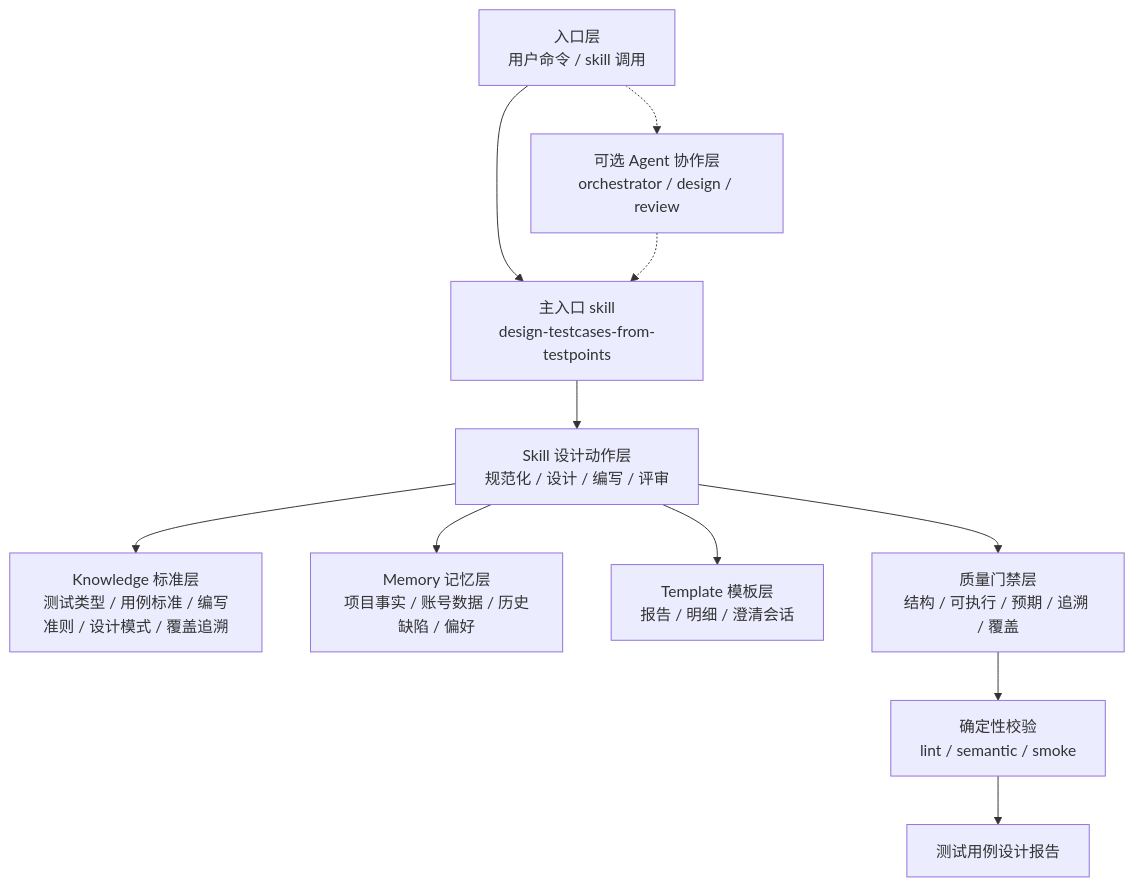
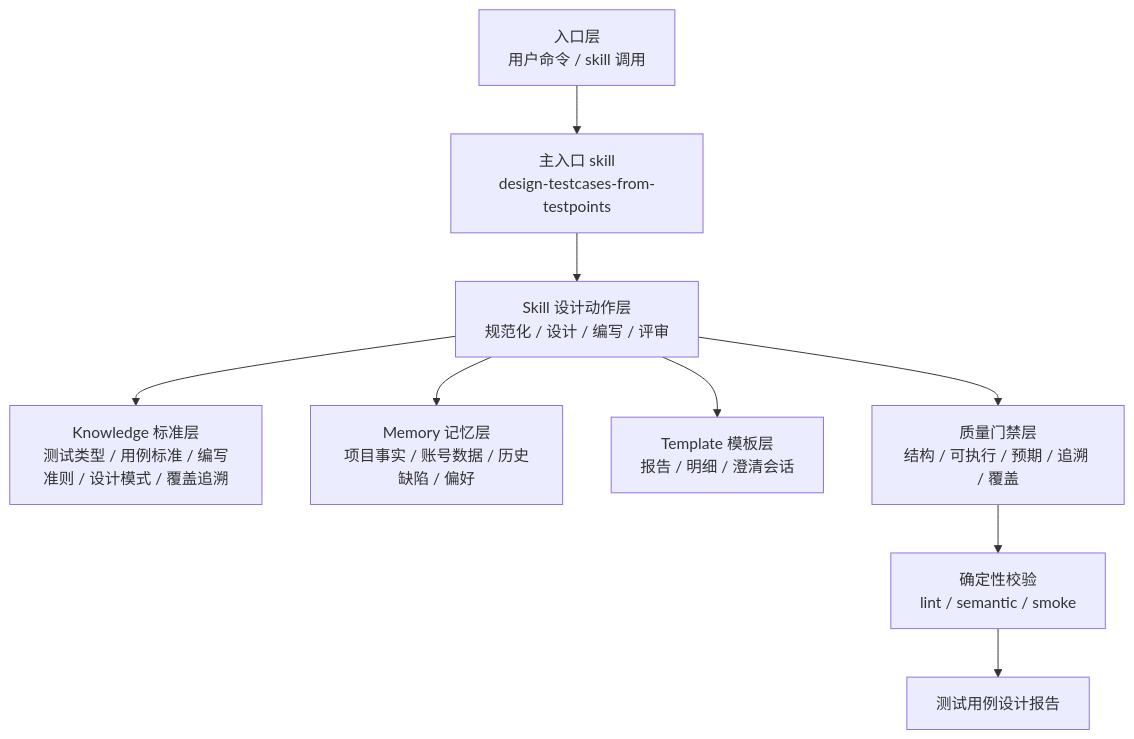
One commit to szluoqy-byte/Test-Design-Agent changed the second of 7 diagrams in docs/test-design-agent-design.md. Above: the diagram before and after it, drawn with Mermaid. The commit also changed other lines of this file and 4 other files, not shown here.

Commit message:
Remove plugin agent layer

````diff
--- a/docs/test-design-agent-design.md
+++ b/docs/test-design-agent-design.md
@@ -292,13 +287,11 @@
 ```mermaid
 flowchart TB
   Entry["入口层\n用户命令 / skill 调用"] --> MainSkill["主入口 skill\ndesign-testcases-from-testpoints"]
-  Entry -.-> AgentLayer["可选 Agent 协作层\norchestrator / design / review"]
-  AgentLayer -.-> MainSkill
   MainSkill --> SkillLayer["Skill 设计动作层\n规范化 / 设计 / 编写 / 评审"]
   SkillLayer --> KnowledgeLayer["Knowledge 标准层\n测试类型 / 用例标准 / 编写准则 / 设计模式 / 覆盖追溯"]
   SkillLayer --> MemoryLayer["Memory 记忆层\n项目事实 / 账号数据 / 历史缺陷 / 偏好"]
   SkillLayer --> TemplateLayer["Template 模板层\n报告 / 明细 / 澄清会话"]
   SkillLayer --> QualityLayer["质量门禁层\n结构 / 可执行 / 预期 / 追溯 / 覆盖"]
   QualityLayer --> ScriptLayer["确定性校验\nlint / semantic / smoke"]
   ScriptLayer --> Output["测试用例设计报告"]
 ```
````
